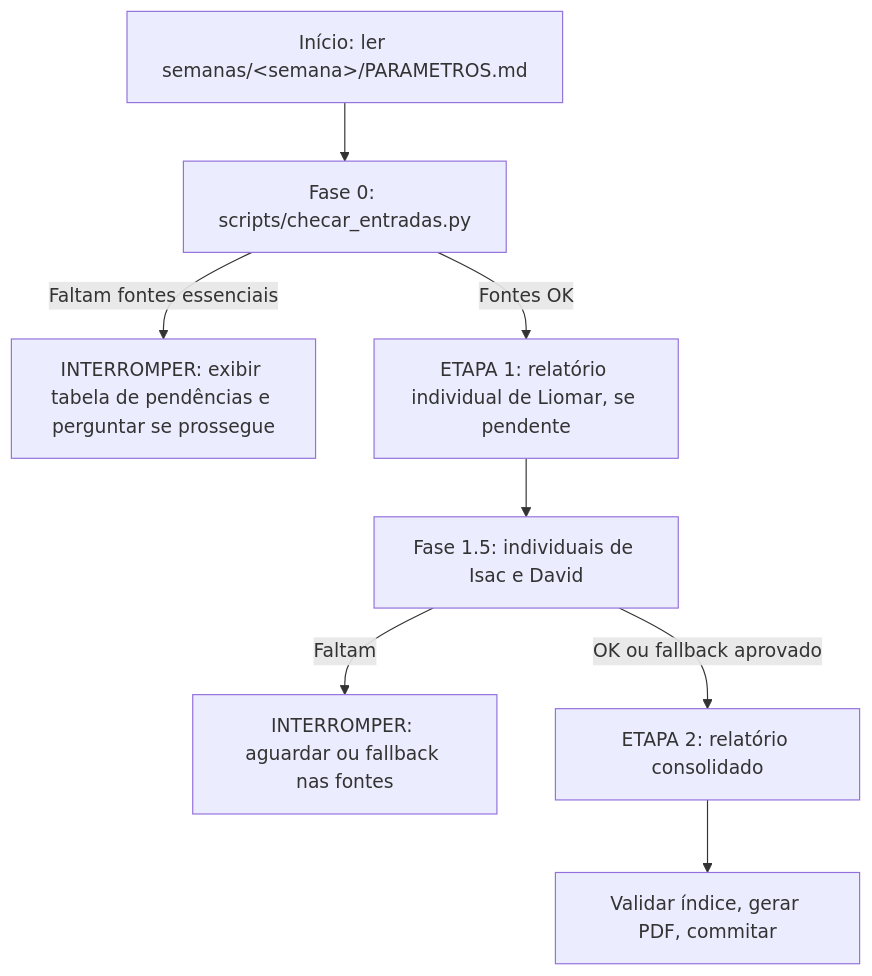
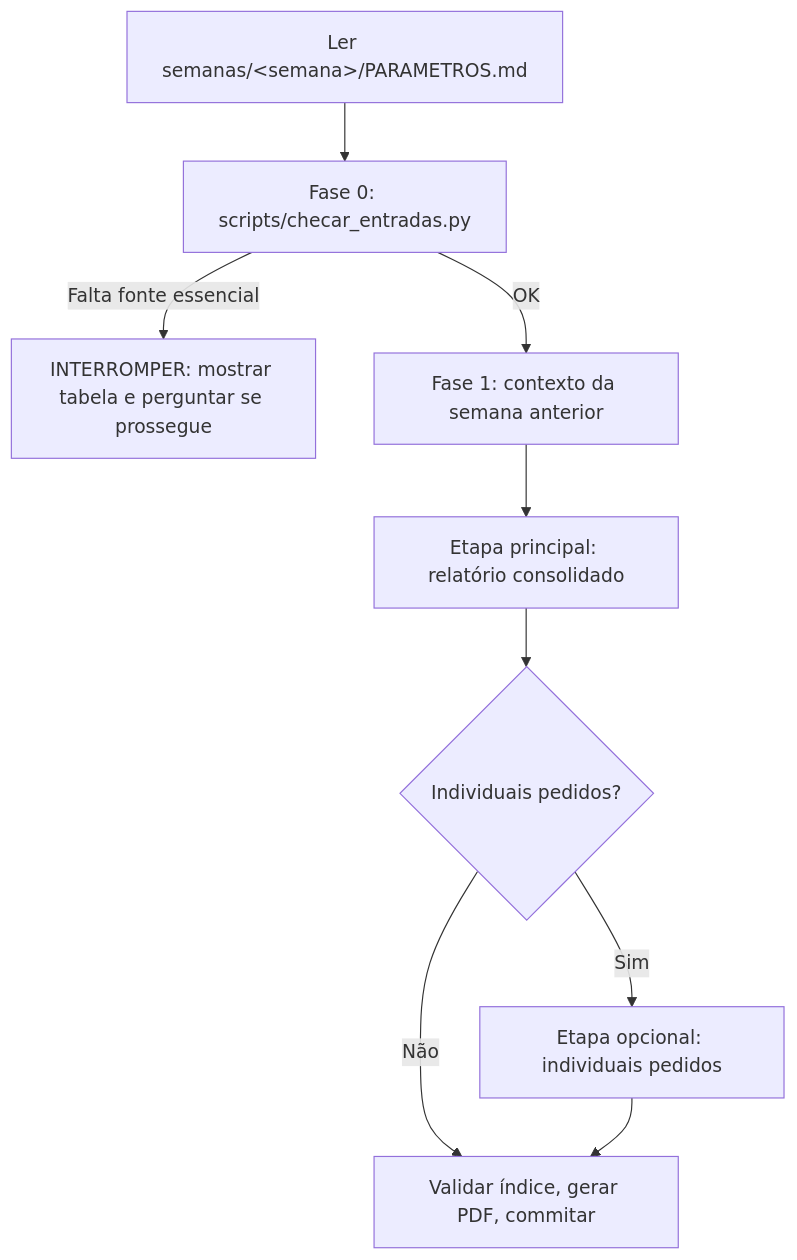
Before and after one commit to liomaroliveira/reports_ti: the diagram in docs/fluxo_geracao.md, drawn with Mermaid. The commit also changed other lines of this file and 27 other files, not shown here.

First line of the commit message:
feat(harness): consolidado como padrao, contexto da semana anterior e observacoes de feedback

````diff
--- a/docs/fluxo_geracao.md
+++ b/docs/fluxo_geracao.md
@@ -5,10 +8,11 @@
 ```mermaid
 graph TD
-    A[Início: ler semanas/&lt;semana&gt;/PARAMETROS.md] --> B[Fase 0: scripts/checar_entradas.py]
-    B -->|Faltam fontes essenciais| C[INTERROMPER: exibir tabela de pendências e perguntar se prossegue]
-    B -->|Fontes OK| D[ETAPA 1: relatório individual de Liomar, se pendente]
-    D --> E[Fase 1.5: individuais de Isac e David]
-    E -->|Faltam| F[INTERROMPER: aguardar ou fallback nas fontes]
-    E -->|OK ou fallback aprovado| G[ETAPA 2: relatório consolidado]
+    A[Ler semanas/&lt;semana&gt;/PARAMETROS.md] --> B[Fase 0: scripts/checar_entradas.py]
+    B -->|Falta fonte essencial| C[INTERROMPER: mostrar tabela e perguntar se prossegue]
+    B -->|OK| D[Fase 1: contexto da semana anterior]
+    D --> E[Etapa principal: relatório consolidado]
+    E --> F{Individuais pedidos?}
+    F -->|Sim| G[Etapa opcional: individuais pedidos]
+    F -->|Não| H[Finalização]
     G --> H[Validar índice, gerar PDF, commitar]
 ```
````
